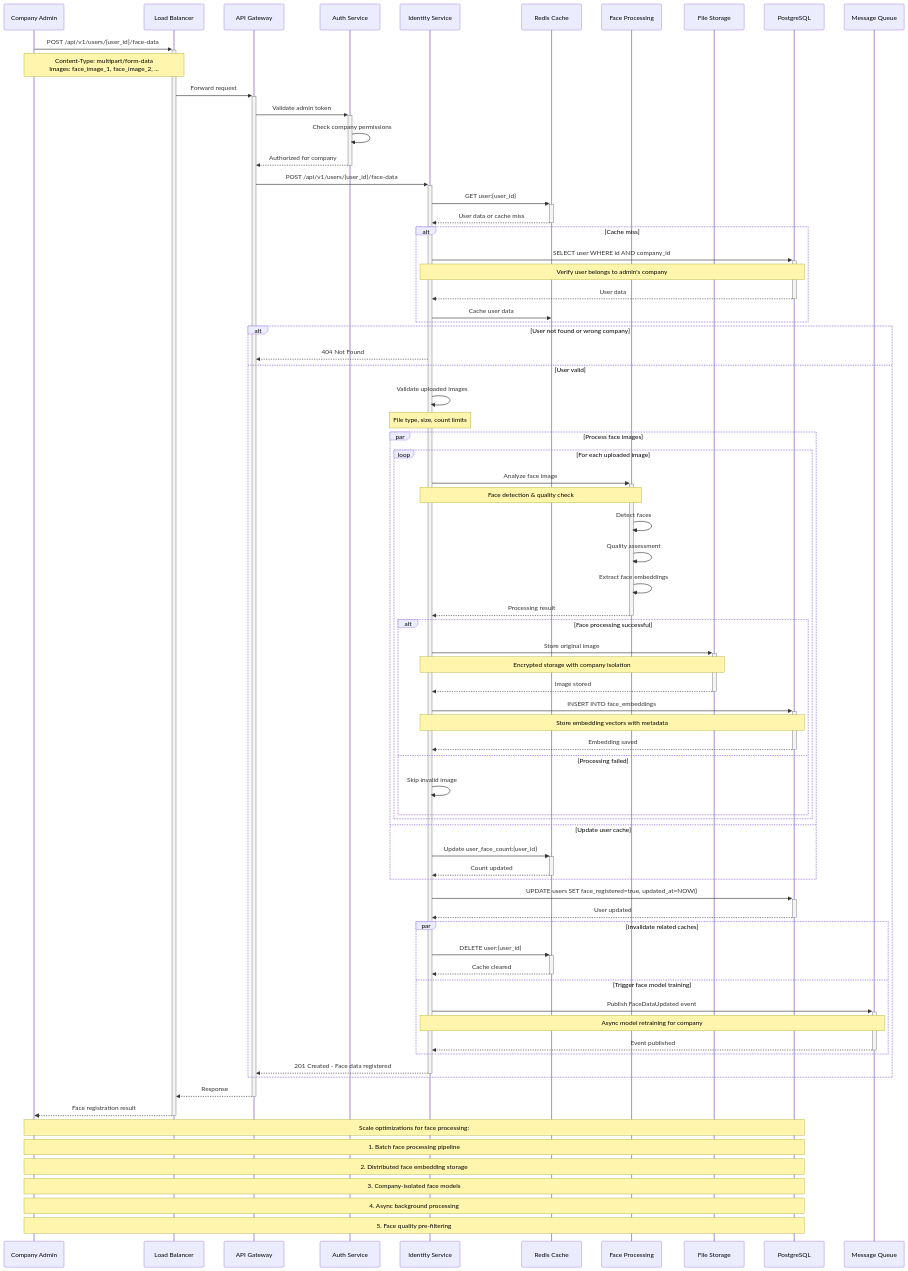
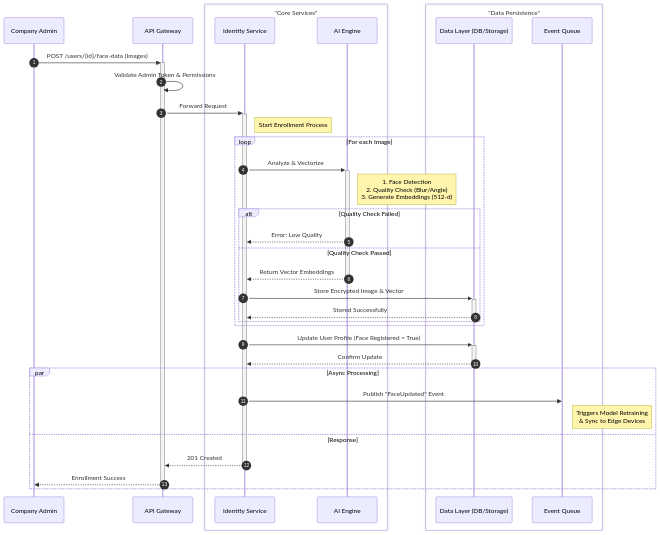
One commit to Youknow2509/cio_verify_face changed the diagram in doc/sequence_diagrams/identity_org/upload_face_data.mmd. Above: the diagram before and after it, drawn with Mermaid. The commit also changed 70 other files, not shown here.

Commit message:
feat(client): complete UI implementation for all 4 apps - web-admin, web-staff, device-app, system-admin with full features, themes, and auth

```diff
--- a/doc/sequence_diagrams/identity_org/upload_face_data.mmd
+++ b/doc/sequence_diagrams/identity_org/upload_face_data.mmd
@@ -1,88 +1,42 @@
 sequenceDiagram
+    autonumber
     participant Admin as Company Admin
-    participant LB as Load Balancer
     participant Gateway as API Gateway
-    participant Auth as Auth Service
-    participant Identity as Identity Service
-    participant Cache as Redis Cache
-    participant FaceProcessor as Face Processing
-    participant Storage as File Storage
-    participant DB as PostgreSQL
-    participant Queue as Message Queue
+    box "Core Services" #f9f9f9
+        participant Identity as Identity Service
+        participant AI as AI Engine
+    end
+    box "Data Persistence" #ececec
+        participant Data as Data Layer (DB/Storage)
+        participant Queue as Event Queue
+    end
 
-    Admin->>+LB: POST /api/v1/users/{user_id}/face-data
-    Note over Admin,LB: Content-Type: multipart/form-data<br/>Images: face_image_1, face_image_2, ...
+    Admin->>+Gateway: POST /users/{id}/face-data (Images)
+    Gateway->>Gateway: Validate Admin Token & Permissions
+    Gateway->>+Identity: Forward Request
     
-    LB->>+Gateway: Forward request
-    Gateway->>+Auth: Validate admin token
-    Auth->>Auth: Check company permissions
-    Auth-->>-Gateway: Authorized for company
-    
-    Gateway->>+Identity: POST /api/v1/users/{user_id}/face-data
-    
-    Identity->>+Cache: GET user:{user_id}
-    Cache-->>-Identity: User data or cache miss
-    
-    alt Cache miss
-        Identity->>+DB: SELECT user WHERE id AND company_id
-        Note over Identity,DB: Verify user belongs to admin's company
-        DB-->>-Identity: User data
-        Identity->>Cache: Cache user data
+    Note right of Identity: Start Enrollment Process
+
+    loop For each Image
+        Identity->>+AI: Analyze & Vectorize
+        Note right of AI: 1. Face Detection<br/>2. Quality Check (Blur/Angle)<br/>3. Generate Embeddings (512-d)
+        
+        alt Quality Check Failed
+            AI-->>Identity: Error: Low Quality
+        else Quality Check Passed
+            AI-->>-Identity: Return Vector Embeddings
+            Identity->>+Data: Store Encrypted Image & Vector
+            Data-->>-Identity: Stored Successfully
+        end
     end
-    
-    alt User not found or wrong company
-        Identity-->>Gateway: 404 Not Found
-    else User valid
-        Identity->>Identity: Validate uploaded images
-        Note over Identity: File type, size, count limits
-        
-        par Process face images
-            loop For each uploaded image
-                Identity->>+FaceProcessor: Analyze face image
-                Note over Identity,FaceProcessor: Face detection & quality check
-                FaceProcessor->>FaceProcessor: Detect faces
-                FaceProcessor->>FaceProcessor: Quality assessment
-                FaceProcessor->>FaceProcessor: Extract face embeddings
-                FaceProcessor-->>-Identity: Processing result
-                
-                alt Face processing successful
-                    Identity->>+Storage: Store original image
-                    Note over Identity,Storage: Encrypted storage with company isolation
-                    Storage-->>-Identity: Image stored
-                    
-                    Identity->>+DB: INSERT INTO face_embeddings
-                    Note over Identity,DB: Store embedding vectors with metadata
-                    DB-->>-Identity: Embedding saved
-                else Processing failed
-                    Identity->>Identity: Skip invalid image
-                end
-            end
-        and Update user cache
-            Identity->>+Cache: Update user_face_count:{user_id}
-            Cache-->>-Identity: Count updated
-        end
-        
-        Identity->>+DB: UPDATE users SET face_registered=true, updated_at=NOW()
-        DB-->>-Identity: User updated
-        
-        par Invalidate related caches
-            Identity->>+Cache: DELETE user:{user_id}
-            Cache-->>-Identity: Cache cleared
-        and Trigger face model training
-            Identity->>+Queue: Publish FaceDataUpdated event
-            Note over Identity,Queue: Async model retraining for company
-            Queue-->>-Identity: Event published
-        end
-        
-        Identity-->>-Gateway: 201 Created - Face data registered
+
+    Identity->>+Data: Update User Profile (Face Registered = True)
+    Data-->>-Identity: Confirm Update
+
+    par Async Processing
+        Identity->>Queue: Publish "FaceUpdated" Event
+        Note right of Queue: Triggers Model Retraining<br/>& Sync to Edge Devices
+    and Response
+        Identity-->>-Gateway: 201 Created
+        Gateway-->>-Admin: Enrollment Success
     end
-    
-    Gateway-->>-LB: Response
-    LB-->>-Admin: Face registration result
-    
-    Note over Admin,DB: Scale optimizations for face processing:
-    Note over Admin,DB: 1. Batch face processing pipeline
-    Note over Admin,DB: 2. Distributed face embedding storage
-    Note over Admin,DB: 3. Company-isolated face models
-    Note over Admin,DB: 4. Async background processing
-    Note over Admin,DB: 5. Face quality pre-filtering
```
